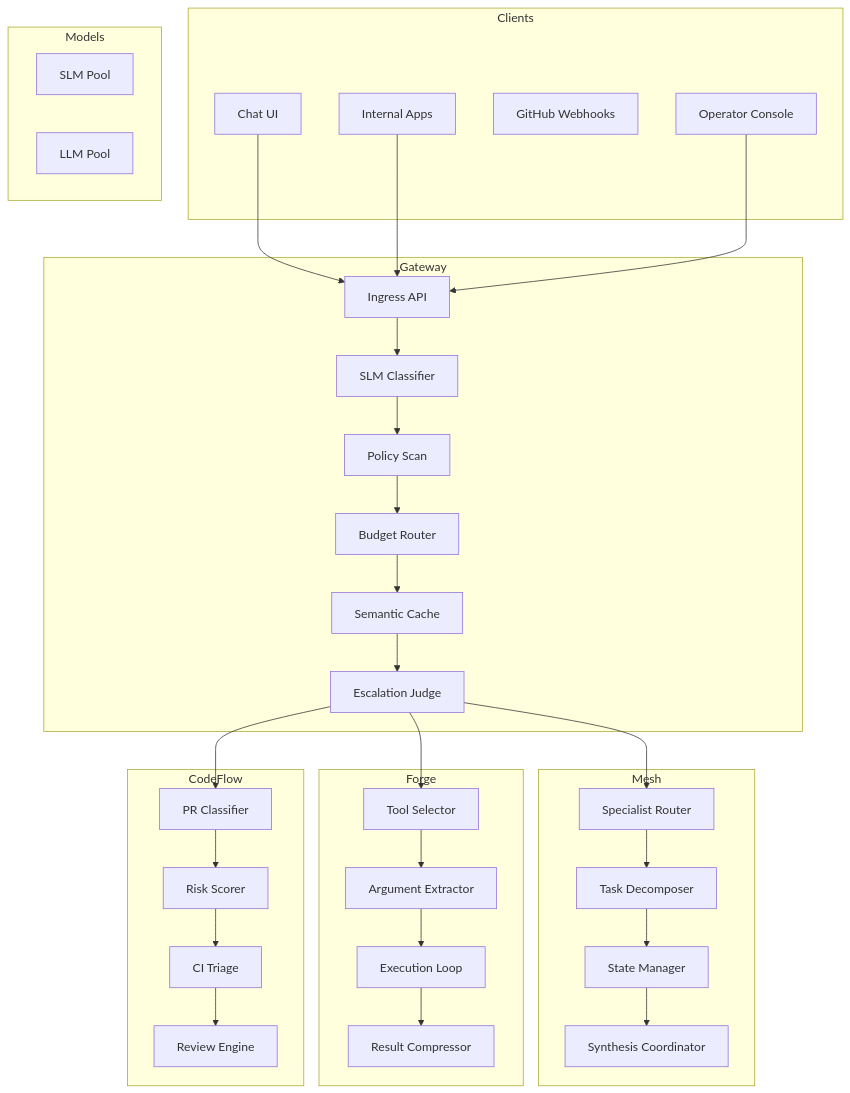
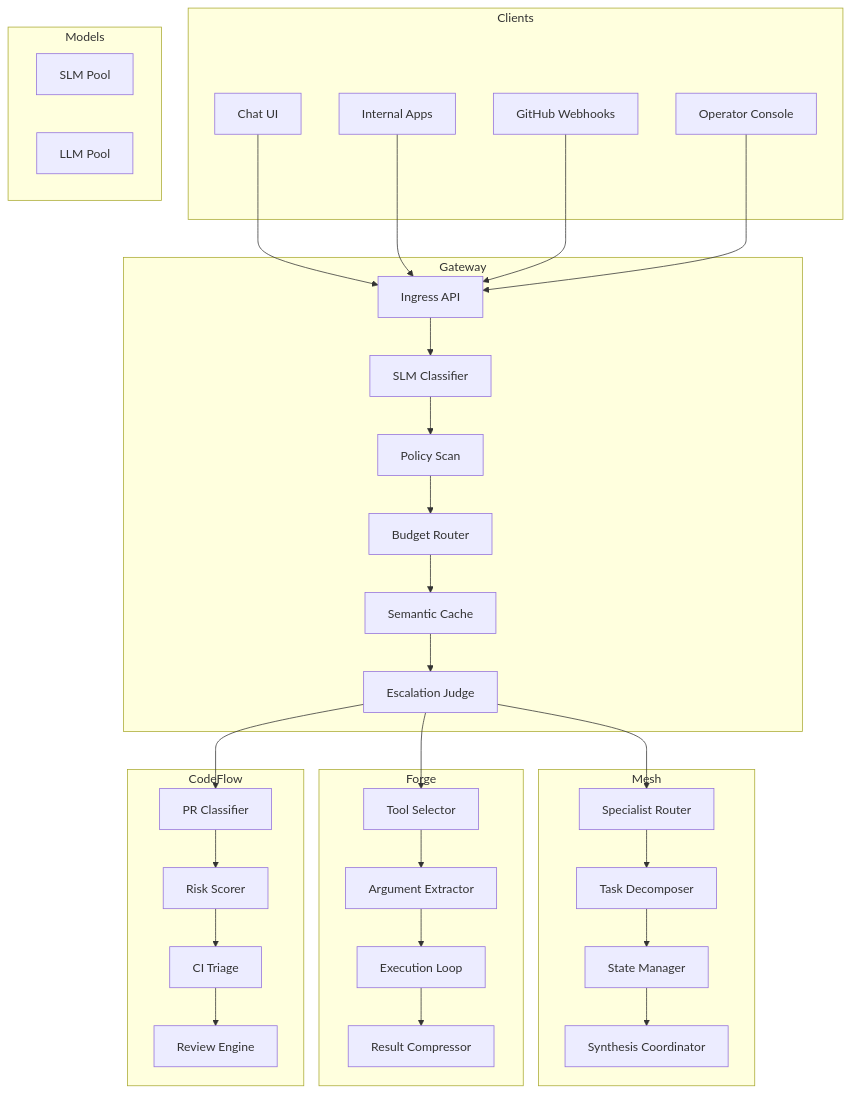
Before and after one commit to phoenixvc/ai-gateway: the diagram in docs/architecture/02-container-architecture.md, drawn with Mermaid. The commit also changed 4 other files, not shown here.

First line of the commit message:
docs: update architecture documentation with telemetry and model details

````diff
--- a/docs/architecture/02-container-architecture.md
+++ b/docs/architecture/02-container-architecture.md
@@ -14,70 +14,71 @@
 ```mermaid
 flowchart TB
     subgraph Clients
         C1[Chat UI]
         C2[Internal Apps]
         C3[GitHub Webhooks]
         C4[Operator Console]
     end
 
     subgraph Gateway
         G1[Ingress API]
         G2[SLM Classifier]
         G3[Policy Scan]
         G4[Budget Router]
         G5[Semantic Cache]
         G6[Escalation Judge]
     end
 
     subgraph Mesh
         M1[Specialist Router]
         M2[Task Decomposer]
         M3[State Manager]
         M4[Synthesis Coordinator]
     end
 
     subgraph Forge
         F1[Tool Selector]
         F2[Argument Extractor]
         F3[Execution Loop]
         F4[Result Compressor]
     end
 
     subgraph CodeFlow
         CF1[PR Classifier]
         CF2[Risk Scorer]
         CF3[CI Triage]
         CF4[Review Engine]
     end
 
     subgraph Models
         SLM[SLM Pool]
         LLM[LLM Pool]
     end
 
     C1 --> G1
     C2 --> G1
+    C3 --> G1
     C4 --> G1
 
     G1 --> G2
     G2 --> G3
     G3 --> G4
     G4 --> G5
     G5 --> G6
 
     G6 --> M1
     G6 --> F1
     G6 --> CF1
 
     M1 --> M2
     M2 --> M3
     M3 --> M4
 
     F1 --> F2
     F2 --> F3
     F3 --> F4
 
     CF1 --> CF2
     CF2 --> CF3
     CF3 --> CF4
 ```
````
